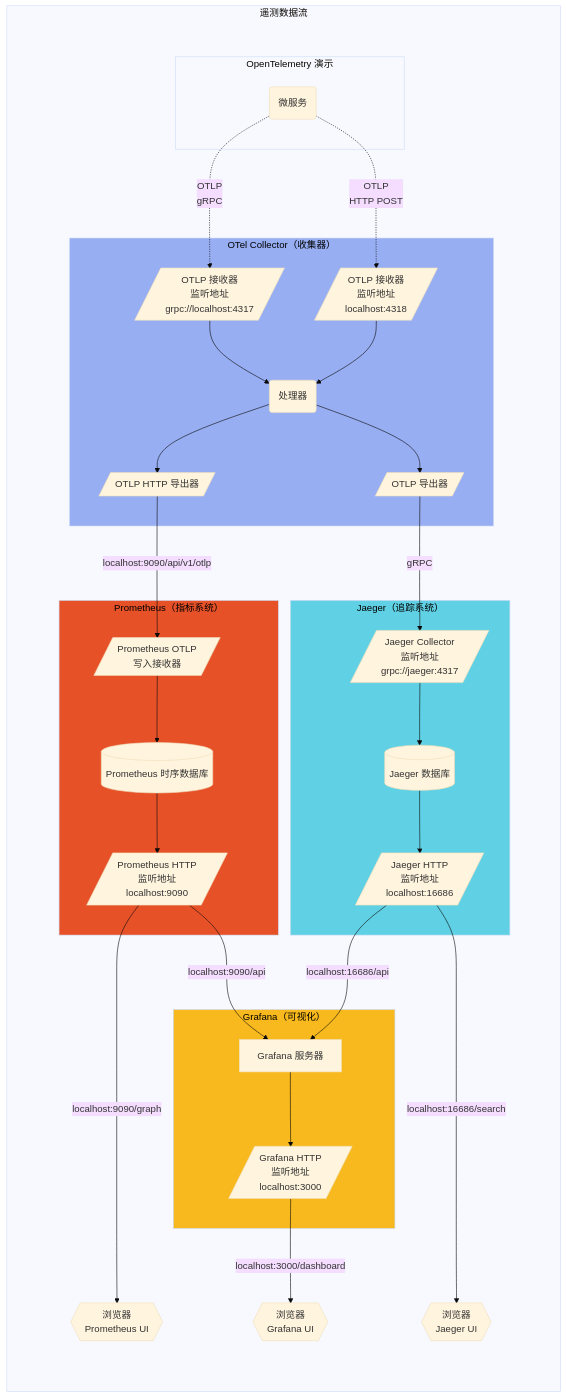
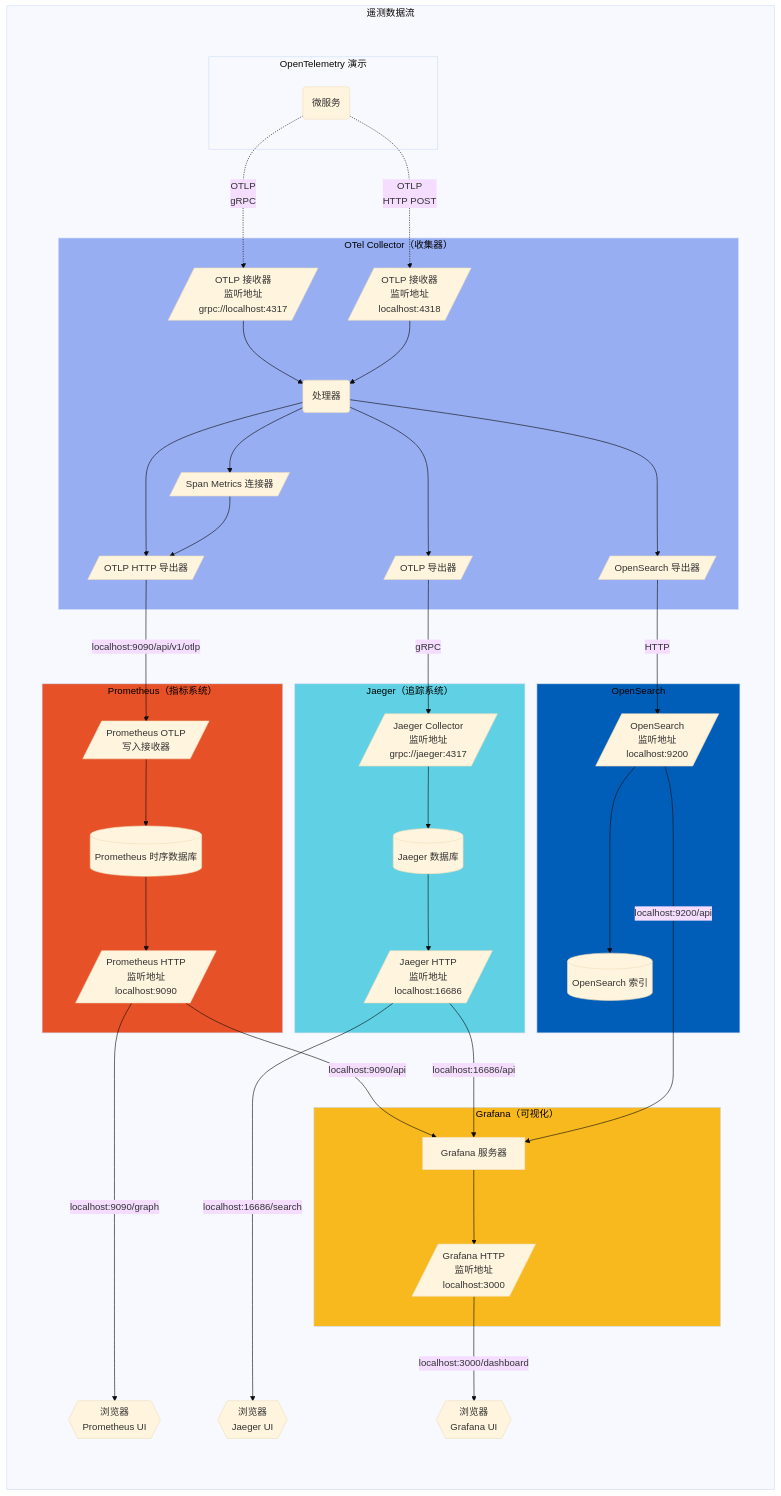
One commit to open-telemetry/opentelemetry.io changed the third of 3 diagrams in content/zh/docs/demo/architecture.md. Above: the diagram before and after it, drawn with Mermaid (base theme). The commit also changed other lines of this file and 28 other files, not shown here.

```diff
--- a/content/zh/docs/demo/architecture.md
+++ b/content/zh/docs/demo/architecture.md
@@ -146,18 +145,24 @@
             oc-grpc[/"OTLP 接收器<br/>监听地址<br/>grpc://localhost:4317"/]
             oc-http[/"OTLP 接收器<br/>监听地址<br/>localhost:4318<br/>"/]
             oc-proc(处理器)
+            oc-spanmetrics[/"Span Metrics 连接器"/]
             oc-prom[/"OTLP HTTP 导出器"/]
             oc-otlp[/"OTLP 导出器"/]
+            oc-opensearch[/"OpenSearch 导出器"/]
 
             oc-grpc --> oc-proc
             oc-http --> oc-proc
 
             oc-proc --> oc-prom
             oc-proc --> oc-otlp
+            oc-proc --> oc-opensearch
+            oc-proc --> oc-spanmetrics
+            oc-spanmetrics --> oc-prom
         end
 
         oc-prom -->|"localhost:9090/api/v1/otlp"| pr-sc
         oc-otlp -->|gRPC| ja-col
+        oc-opensearch -->|HTTP| os-http
 
         subgraph pr[Prometheus（指标系统）]
             style pr fill:#e75128,color:black;
@@ -182,6 +187,14 @@
             ja-db --> ja-http
         end
 
+        subgraph os[OpenSearch]
+            style os fill:#005eb8,color:black;
+            os-http[/"OpenSearch<br/>监听地址<br/>localhost:9200"/]
+            os-db[(OpenSearch 索引)]
+
+            os-http ---> os-db
+        end
+
         subgraph gr[Grafana（可视化）]
             style gr fill:#f8b91e,color:black;
             gr-srv["Grafana 服务器"]
@@ -192,6 +205,7 @@
 
         pr-http --> |"localhost:9090/api"| gr-srv
         ja-http --> |"localhost:16686/api"| gr-srv
+        os-http --> |"localhost:9200/api"| gr-srv
 
         ja-b{{"浏览器<br/>Jaeger UI"}}
         ja-http ---->|"localhost:16686/search"| ja-b
```
